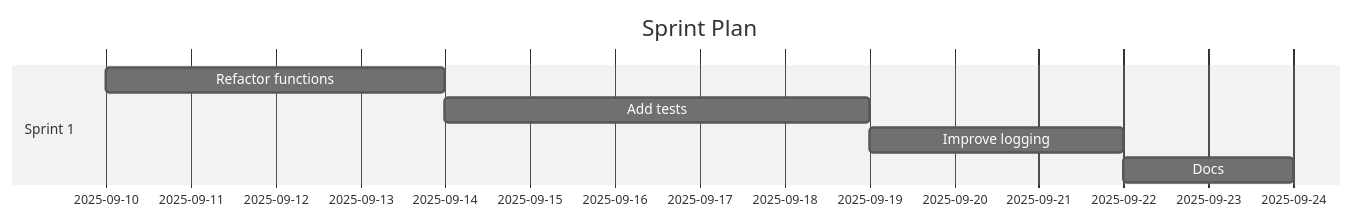
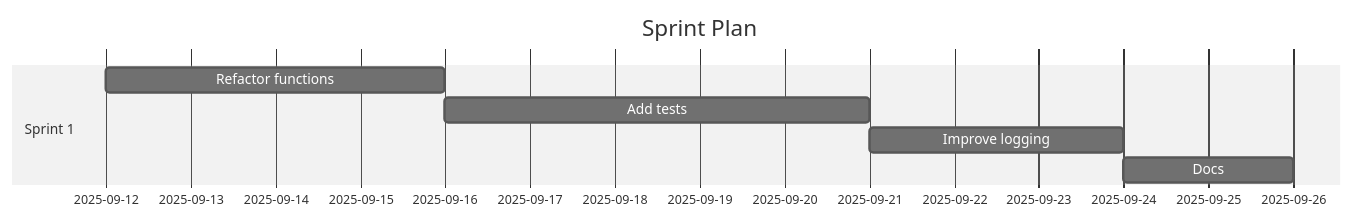
One commit to Anselmoo/mcp-ai-agent-guidelines changed the diagram in demos/demo-code-analysis.sprint.md. Above: the diagram before and after it, drawn with Mermaid (neutral theme). The commit also changed other lines of this file and 28 other files, not shown here.

````diff
--- a/demos/demo-code-analysis.sprint.md
+++ b/demos/demo-code-analysis.sprint.md
@@ -58,11 +58,11 @@
 ```mermaid
 gantt
 	dateFormat  YYYY-MM-DD
 	title Sprint Plan
 %% Accessibility: Title=Project Sprint Plan; Description=Gantt chart of sprints and tasks over time. %%
   section Sprint 1
-  Refactor functions :s1t0, 2025-09-10, 4d
-  Add tests :s1t1, 2025-09-14, 5d
-  Improve logging :s1t2, 2025-09-19, 3d
-  Docs :s1t3, 2025-09-22, 2d
+  Refactor functions :s1t0, 2025-09-12, 4d
+  Add tests :s1t1, 2025-09-16, 5d
+  Improve logging :s1t2, 2025-09-21, 3d
+  Docs :s1t3, 2025-09-24, 2d
 ```
````
